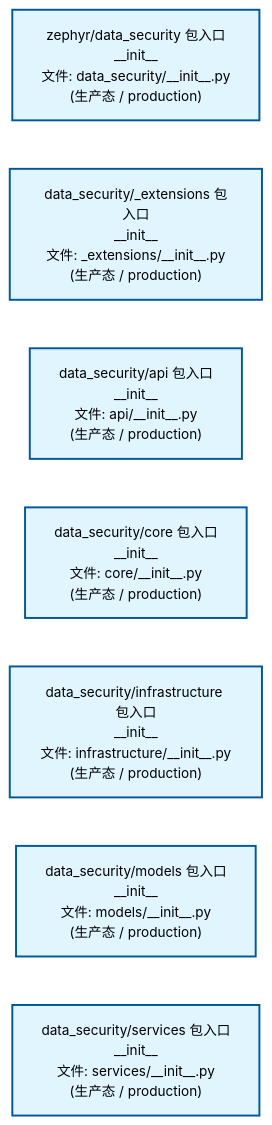
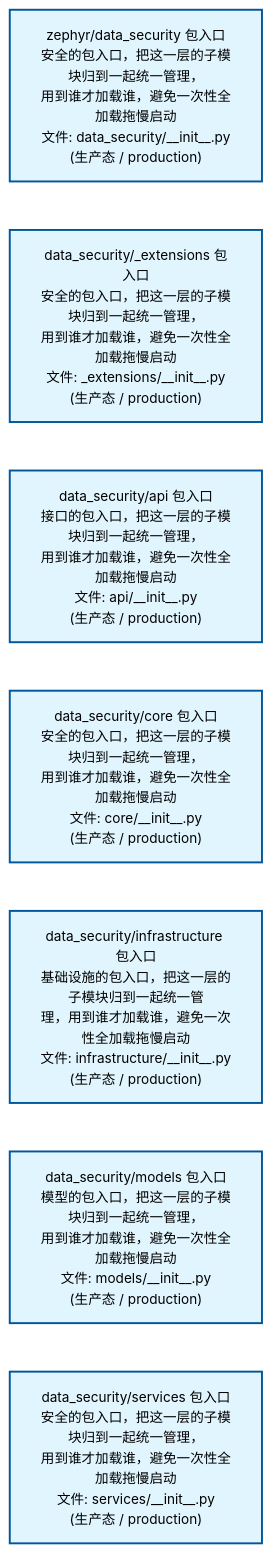
The first of 2 diagrams in docs/02_enterprise_architecture/02_domain_architecture_docs/14_d_data_sec.md (xuanFelixVan/ZephyrAlpha), drawn with Mermaid before and after one commit. The commit also changed other lines of this file and 63 other files, not shown here.

````diff
--- a/docs/02_enterprise_architecture/02_domain_architecture_docs/14_d_data_sec.md
+++ b/docs/02_enterprise_architecture/02_domain_architecture_docs/14_d_data_sec.md
@@ -53,22 +53,22 @@
 ```mermaid
 %%{init: {'theme': 'base', 'themeVariables': {'primaryColor': '#eaeaea', 'primaryTextColor': '#333333', 'primaryBorderColor': '#666666', 'lineColor': '#666666', 'secondaryColor': '#eaeaea', 'tertiaryColor': '#eaeaea', 'fontSize': '14px'}}}%%
 flowchart TD
-    src_zephyr_data_security_init_py["zephyr/data_security 包入口<br/>__init__<br/>文件: data_security/__init__.py<br/>(生产态 / production)"]
-    src_zephyr_data_security_extensions_init_py["data_security/_extensions 包入口<br/>__init__<br/>文件: _extensions/__init__.py<br/>(生产态 / production)"]
-    src_zephyr_data_security_api_init_py["data_security/api 包入口<br/>__init__<br/>文件: api/__init__.py<br/>(生产态 / production)"]
-    src_zephyr_data_security_core_init_py["data_security/core 包入口<br/>__init__<br/>文件: core/__init__.py<br/>(生产态 / production)"]
-    src_zephyr_data_security_infrastructure_init_py["data_security/infrastructure 包入口<br/>__init__<br/>文件: infrastructure/__init__.py<br/>(生产态 / production)"]
-    src_zephyr_data_security_models_init_py["data_security/models 包入口<br/>__init__<br/>文件: models/__init__.py<br/>(生产态 / production)"]
-    src_zephyr_data_security_services_init_py["data_security/services 包入口<br/>__init__<br/>文件: services/__init__.py<br/>(生产态 / production)"]
+    src_zephyr_data_security_init_py["zephyr/data_security 包入口<br/>安全的包入口，把这一层的子模块归到一起统一管理，<br/>用到谁才加载谁，避免一次性全加载拖慢启动<br/>文件: data_security/__init__.py<br/>(生产态 / production)"]
+    src_zephyr_data_security_extensions_init_py["data_security/_extensions 包入口<br/>安全的包入口，把这一层的子模块归到一起统一管理，<br/>用到谁才加载谁，避免一次性全加载拖慢启动<br/>文件: _extensions/__init__.py<br/>(生产态 / production)"]
+    src_zephyr_data_security_api_init_py["data_security/api 包入口<br/>接口的包入口，把这一层的子模块归到一起统一管理，<br/>用到谁才加载谁，避免一次性全加载拖慢启动<br/>文件: api/__init__.py<br/>(生产态 / production)"]
+    src_zephyr_data_security_core_init_py["data_security/core 包入口<br/>安全的包入口，把这一层的子模块归到一起统一管理，<br/>用到谁才加载谁，避免一次性全加载拖慢启动<br/>文件: core/__init__.py<br/>(生产态 / production)"]
+    src_zephyr_data_security_infrastructure_init_py["data_security/infrastructure 包入口<br/>基础设施的包入口，把这一层的子模块归到一起统一管<br/>理，用到谁才加载谁，避免一次性全加载拖慢启动<br/>文件: infrastructure/__init__.py<br/>(生产态 / production)"]
+    src_zephyr_data_security_models_init_py["data_security/models 包入口<br/>模型的包入口，把这一层的子模块归到一起统一管理，<br/>用到谁才加载谁，避免一次性全加载拖慢启动<br/>文件: models/__init__.py<br/>(生产态 / production)"]
+    src_zephyr_data_security_services_init_py["data_security/services 包入口<br/>安全的包入口，把这一层的子模块归到一起统一管理，<br/>用到谁才加载谁，避免一次性全加载拖慢启动<br/>文件: services/__init__.py<br/>(生产态 / production)"]
     src_zephyr_data_security_init_py ~~~ src_zephyr_data_security_extensions_init_py
     src_zephyr_data_security_extensions_init_py ~~~ src_zephyr_data_security_api_init_py
     src_zephyr_data_security_api_init_py ~~~ src_zephyr_data_security_core_init_py
     src_zephyr_data_security_core_init_py ~~~ src_zephyr_data_security_infrastructure_init_py
     src_zephyr_data_security_infrastructure_init_py ~~~ src_zephyr_data_security_models_init_py
     src_zephyr_data_security_models_init_py ~~~ src_zephyr_data_security_services_init_py
     classDef production fill:#e1f5fe,stroke:#01579b,stroke-width:2px,color:#000
     classDef design fill:#fff3e0,stroke:#e65100,stroke-width:2px,color:#000,stroke-dasharray: 5 5
     classDef external_prod fill:#e8f4fd,stroke:#0277bd,stroke-width:1px,color:#000
     classDef external_design fill:#fff8e7,stroke:#ef6c00,stroke-width:1px,color:#000,stroke-dasharray: 5 5
     class src_zephyr_data_security_init_py,src_zephyr_data_security_extensions_init_py,src_zephyr_data_security_api_init_py,src_zephyr_data_security_core_init_py,src_zephyr_data_security_infrastructure_init_py,src_zephyr_data_security_models_init_py,src_zephyr_data_security_services_init_py production
 ```
````
